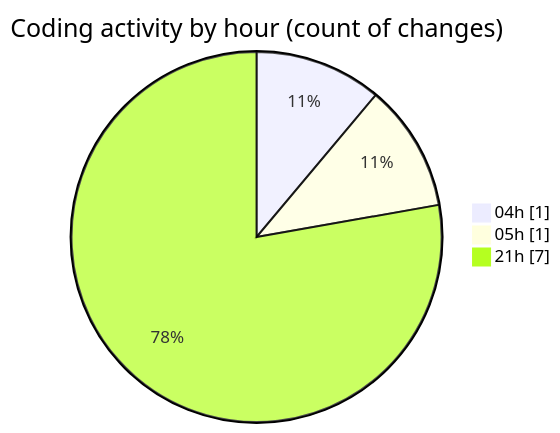
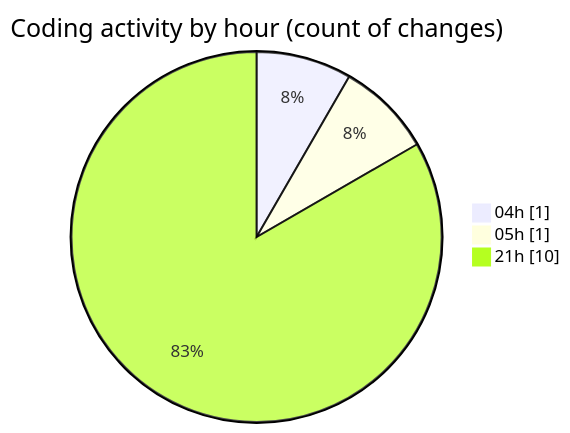
Before and after one commit to idhammustaqopulfikri/code-tracking: the second of 2 diagrams in 2025-03-26/autodidak/README.md, drawn with Mermaid. The commit also changed other lines of this file and 1 other file, not shown here.

````diff
--- a/2025-03-26/autodidak/README.md
+++ b/2025-03-26/autodidak/README.md
@@ -35,7 +36,7 @@
 ```mermaid
 pie showData
 title Coding activity by hour (count of changes)
 "04h" : 1
 "05h" : 1
-"21h" : 7
+"21h" : 10
 ```
````
